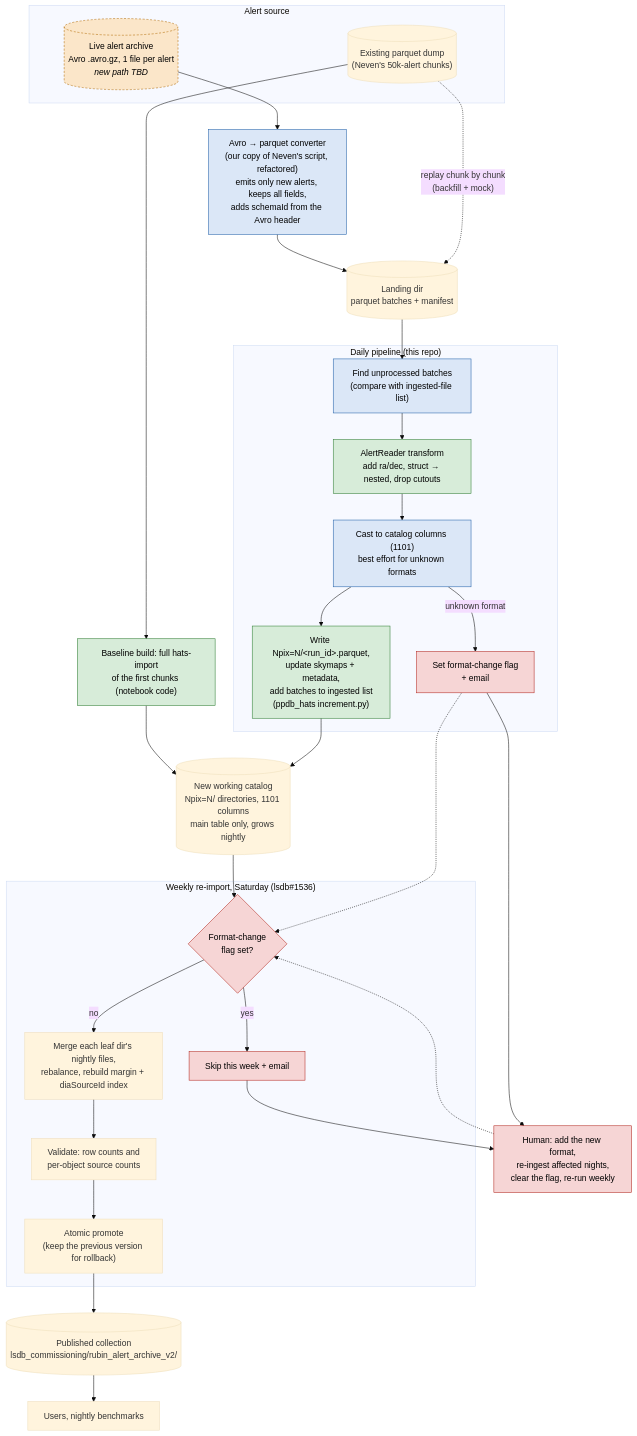
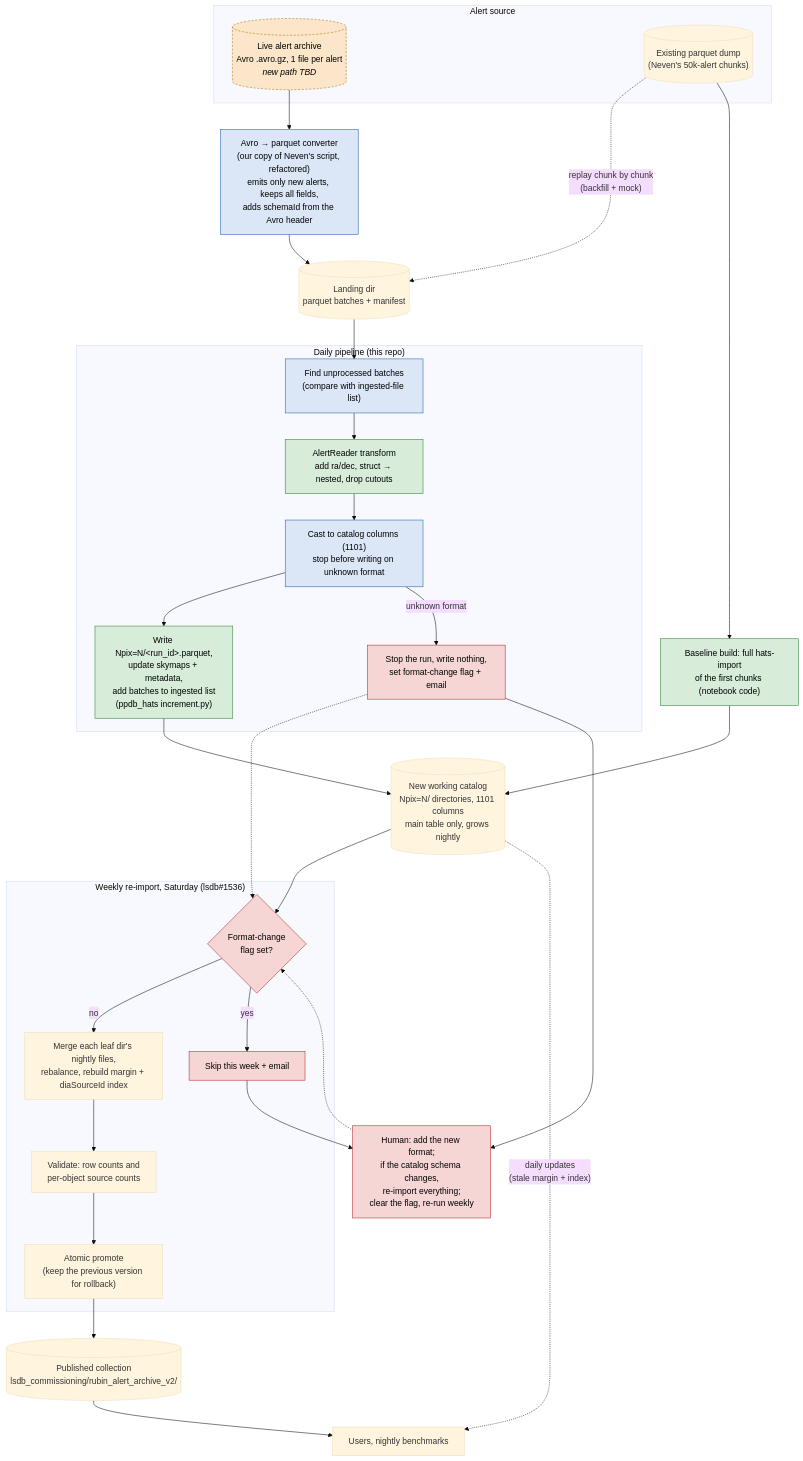
One commit to lincc-frameworks/alert-archive changed the diagram in docs/design/incremental_data_flow.md. Above: the diagram before and after it, drawn with Mermaid (base theme). The commit also changed other lines of this file and 7 other files, not shown here.

````diff
--- a/docs/design/incremental_data_flow.md
+++ b/docs/design/incremental_data_flow.md
@@ -7,66 +7,67 @@
 ```mermaid
 flowchart TD
     %% ---------- sources ----------
     subgraph SRC["Alert source"]
         LIVE[("Live alert archive<br/>Avro .avro.gz, 1 file per alert<br/><i>new path TBD</i>")]
         DUMP[("Existing parquet dump<br/>(Neven's 50k-alert chunks)")]
     end
 
     %% ---------- black box ----------
     BB["Avro → parquet converter<br/>(our copy of Neven's script, refactored)<br/>emits only new alerts, keeps all fields,<br/>adds schemaId from the Avro header"]
     LAND[("Landing dir<br/>parquet batches + manifest")]
 
     LIVE --> BB --> LAND
     DUMP -.->|"replay chunk by chunk<br/>(backfill + mock)"| LAND
 
     %% ---------- bootstrap ----------
     BASE["Baseline build: full hats-import<br/>of the first chunks (notebook code)"]
     DUMP --> BASE
     WORK[("New working catalog<br/>Npix=N/ directories, 1101 columns<br/>main table only, grows nightly")]
     BASE --> WORK
 
     %% ---------- daily ----------
     subgraph DAILY["Daily pipeline (this repo)"]
         D1["Find unprocessed batches<br/>(compare with ingested-file list)"]
         D2["AlertReader transform<br/>add ra/dec, struct → nested, drop cutouts"]
-        D3["Cast to catalog columns (1101)<br/>best effort for unknown formats"]
+        D3["Cast to catalog columns (1101)<br/>stop before writing on unknown format"]
         D4["Write Npix=N/&lt;run_id&gt;.parquet,<br/>update skymaps + metadata,<br/>add batches to ingested list<br/>(ppdb_hats increment.py)"]
         D1 --> D2 --> D3 --> D4
-        D3 -->|"unknown format"| FLAG["Set format-change flag<br/>+ email"]
+        D3 -->|"unknown format"| FLAG["Stop the run, write nothing,<br/>set format-change flag + email"]
     end
 
     LAND --> D1
     D4 --> WORK
 
     %% ---------- weekly (lsdb#1536) ----------
     subgraph WEEKLY["Weekly re-import, Saturday (lsdb#1536)"]
         W0{"Format-change<br/>flag set?"}
         W1["Merge each leaf dir's nightly files,<br/>rebalance, rebuild margin + diaSourceId index"]
         W2["Validate: row counts and<br/>per-object source counts"]
         W3["Atomic promote<br/>(keep the previous version for rollback)"]
         SKIP["Skip this week + email"]
         W0 -->|no| W1 --> W2 --> W3
         W0 -->|yes| SKIP
     end
 
     WORK --> W0
     FLAG -.-> W0
-    HUMAN["Human: add the new format,<br/>re-ingest affected nights,<br/>clear the flag, re-run weekly"]
+    HUMAN["Human: add the new format;<br/>if the catalog schema changes,<br/>re-import everything;<br/>clear the flag, re-run weekly"]
     FLAG --> HUMAN
     SKIP --> HUMAN
     HUMAN -.-> W0
 
     PUB[("Published collection<br/>lsdb_commissioning/rubin_alert_archive_v2/")]
     W3 --> PUB
     PUB --> USERS["Users, nightly benchmarks"]
+    WORK -.->|"daily updates<br/>(stale margin + index)"| USERS
 
     %% ---------- styling ----------
     classDef reuse fill:#d7ecd9,stroke:#2e7d32,color:#000
     classDef new fill:#dbe7f7,stroke:#1f5fa8,color:#000
     classDef tbd fill:#fbe6c9,stroke:#b26a00,color:#000,stroke-dasharray:4 3
     classDef fmt fill:#f6d5d5,stroke:#b3261e,color:#000
     class BASE,D2,D4 reuse
     class D1,D3,BB new
     class FLAG,SKIP,HUMAN,W0 fmt
     class LIVE tbd
 ```
````
